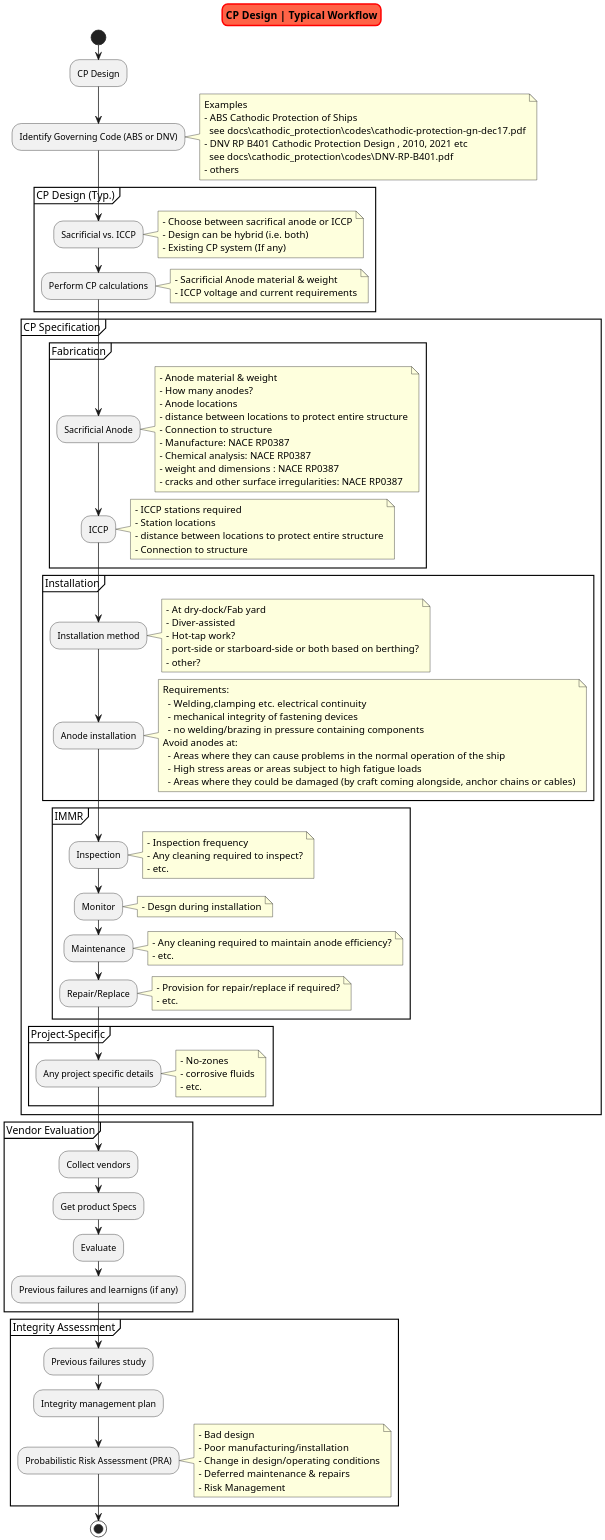
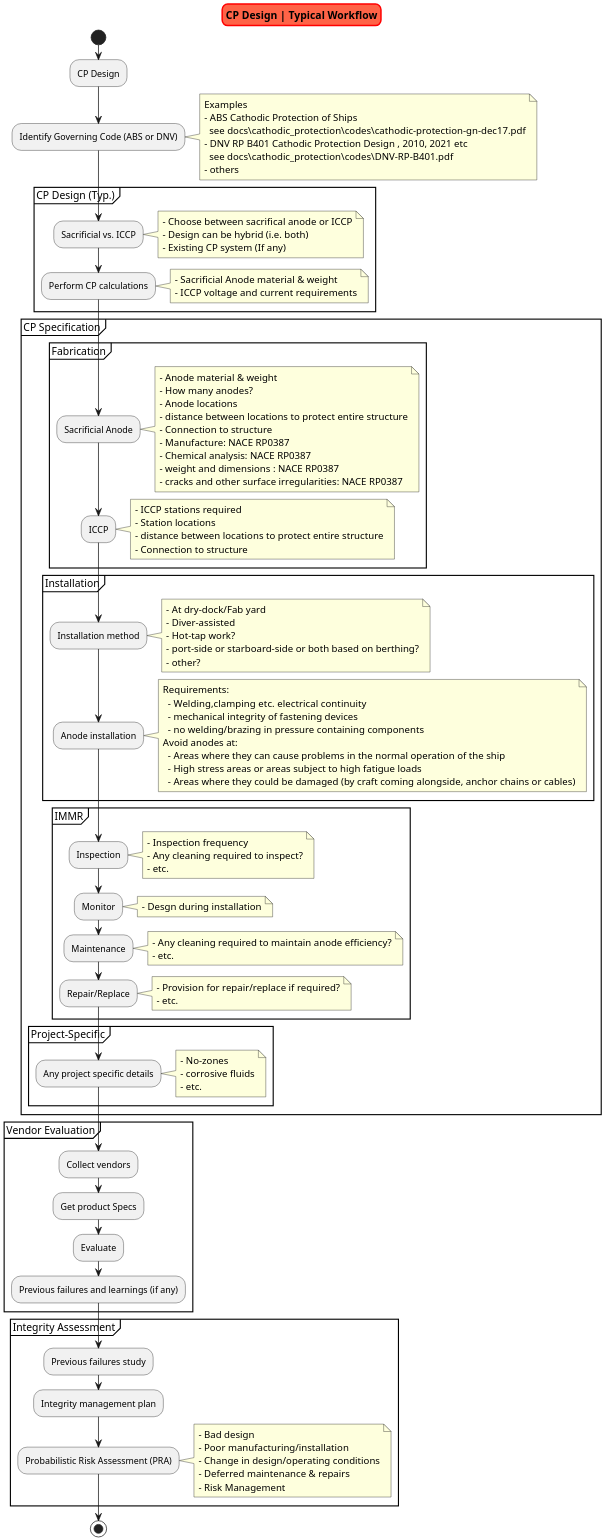
One commit to vamseeachanta/digitalmodel changed the diagram in docs/cathodic_protection/cp_highlevel_workflow.puml. Above: the diagram before and after it, drawn with PlantUML. The commit also changed 1 other file, not shown here.

```diff
--- a/docs/cathodic_protection/cp_highlevel_workflow.puml
+++ b/docs/cathodic_protection/cp_highlevel_workflow.puml
@@ -1,161 +1,161 @@
 @startuml  cp_highlevel_workflow
 
 scale 2
 skinparam titleBorderRoundCorner 15
 skinparam titleBorderThickness 2
 skinparam titleBorderColor red
 skinparam titleBackgroundColor Tomato
 
 title CP Design | Typical Workflow
 
 start
 :CP Design;
 
 :Identify Governing Code (ABS or DNV);
 
   note right
     Examples
     - ABS Cathodic Protection of Ships 
       see docs\cathodic_protection\codes\cathodic-protection-gn-dec17.pdf
     - DNV RP B401 Cathodic Protection Design , 2010, 2021 etc
       see docs\cathodic_protection\codes\DNV-RP-B401.pdf
     - others
   end note
 
 partition CP Design (Typ.){
 :Sacrificial vs. ICCP;
   note right
     - Choose between sacrifical anode or ICCP
     - Design can be hybrid (i.e. both)
     - Existing CP system (If any)
   end note
 
 :Perform CP calculations;
   note right
     - Sacrificial Anode material & weight
     - ICCP voltage and current requirements
   end note
 
 }
 
 partition CP Specification {
 
   partition Fabrication {
 
   :Sacrificial Anode;
     note right
       - Anode material & weight
       - How many anodes?
       - Anode locations
       - distance between locations to protect entire structure
       - Connection to structure
       - Manufacture: NACE RP0387
       - Chemical analysis: NACE RP0387
       - weight and dimensions : NACE RP0387
       - cracks and other surface irregularities: NACE RP0387
     end note
 
   :ICCP;
     note right
       - ICCP stations required
       - Station locations 
       - distance between locations to protect entire structure
       - Connection to structure
     end note
 
   }
 
   partition Installation {
 
   :Installation method;
     note right
       - At dry-dock/Fab yard
       - Diver-assisted
       - Hot-tap work?
       - port-side or starboard-side or both based on berthing?
       - other?
     end note
 
   :Anode installation;
     note right
     Requirements:
       - Welding,clamping etc.  electrical continuity
       - mechanical integrity of fastening devices
       - no welding/brazing in pressure containing components
     Avoid anodes at:
       - Areas where they can cause problems in the normal operation of the ship
       - High stress areas or areas subject to high fatigue loads
       - Areas where they could be damaged (by craft coming alongside, anchor chains or cables)
     end note
 
   }
 
   partition IMMR {
 
   :Inspection;
     note right
       - Inspection frequency
       - Any cleaning required to inspect?
       - etc.
     end note
 
   :Monitor;
     note right
       - Desgn during installation
     end note
 
   :Maintenance;
     note right
       - Any cleaning required to maintain anode efficiency?
       - etc.
     end note
 
   :Repair/Replace;
     note right
       - Provision for repair/replace if required?
       - etc.
     end note
 
   }
 
   partition Project-Specific {
 
   :Any project specific details;
     note right
       - No-zones
       - corrosive fluids
       - etc.
     end note
 
   }
 
 }
 
   partition Vendor Evaluation {
 
   :Collect vendors;
   :Get product Specs;
   :Evaluate;
-  :Previous failures and learnigns (if any);
+  :Previous failures and learnings (if any);
   }
 
   partition Integrity Assessment {
 
   :Previous failures study;
   :Integrity management plan;
 
   :Probabilistic Risk Assessment (PRA);
   note right
       - Bad design
       - Poor manufacturing/installation
       - Change in design/operating conditions
       - Deferred maintenance & repairs
       - Risk Management
     end note
 
 
   }
 
 
 stop
 @enduml
```
